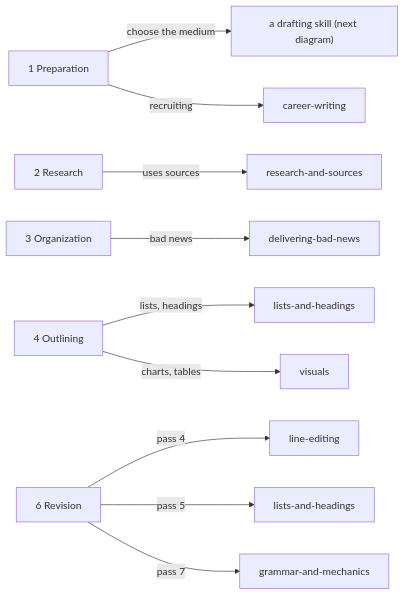
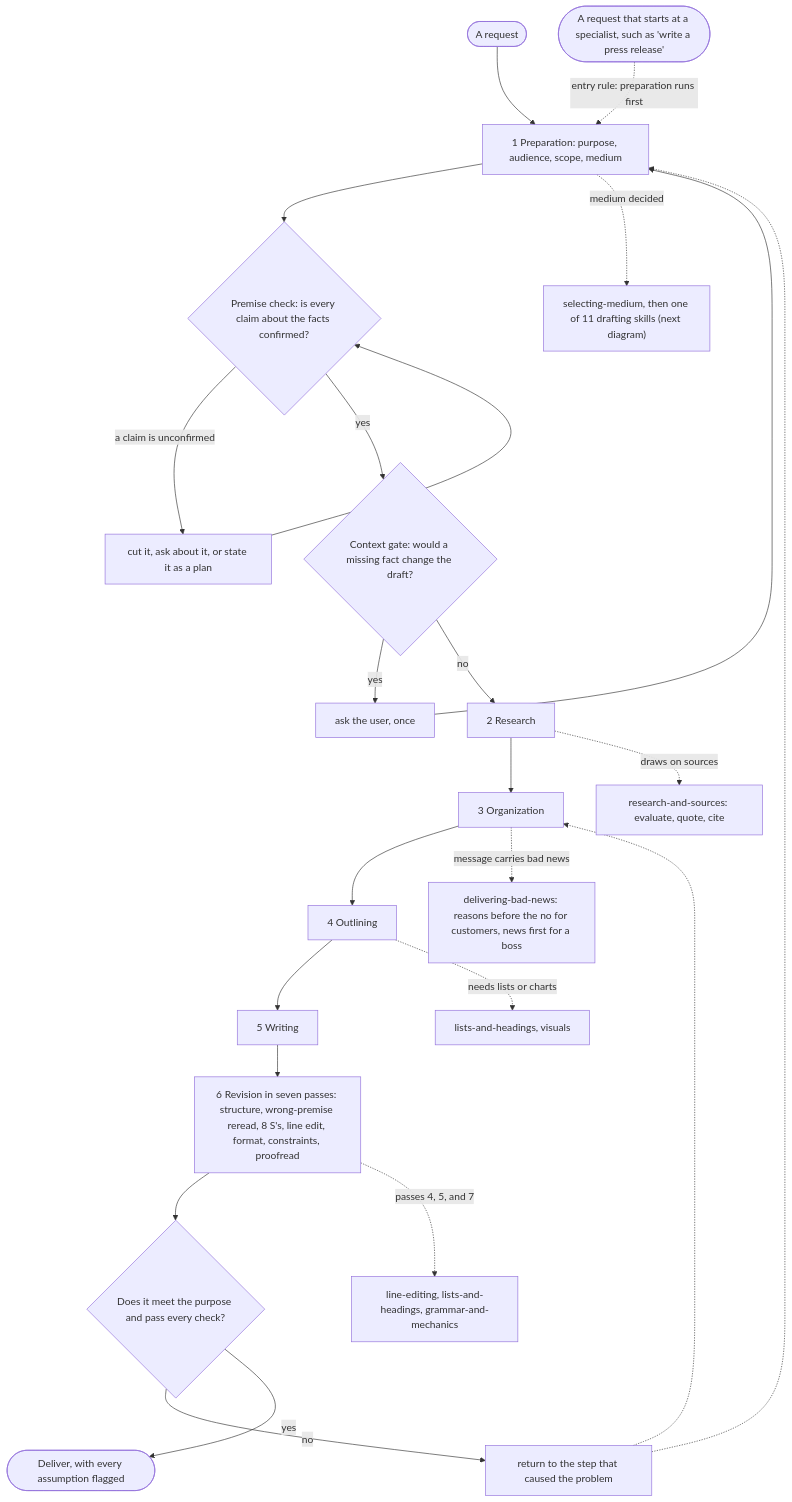
One commit to sapmb20/business-writing-skills changed the first of 2 diagrams in README.md. Above: the diagram before and after it, drawn with Mermaid. The commit also changed other lines of this file, not shown here.

Commit message:
README: process diagram with gates, loops, and labeled specialists

````diff
--- a/README.md
+++ b/README.md
@@ -40,12 +41,22 @@
 ```mermaid
-flowchart LR
-    S1["1 Preparation"] -- "choose the medium" --> MED["a drafting skill (next diagram)"]
-    S1 -- "recruiting" --> CW["career-writing"]
-    S2["2 Research"] -- "uses sources" --> RS["research-and-sources"]
-    S3["3 Organization"] -- "bad news" --> DB["delivering-bad-news"]
-    S4["4 Outlining"] -- "lists, headings" --> LH["lists-and-headings"]
-    S4 -- "charts, tables" --> VIS["visuals"]
-    S6["6 Revision"] -- "pass 4" --> LE["line-editing"]
-    S6 -- "pass 5" --> LH2["lists-and-headings"]
-    S6 -- "pass 7" --> GM["grammar-and-mechanics"]
+flowchart TD
+    REQ(["A request"]) --> P1
+    ALT(["A request that starts at a specialist, such as 'write a press release'"]) -. "entry rule: preparation runs first" .-> P1
+    P1["1 Preparation: purpose, audience, scope, medium"] --> PC{"Premise check: is every claim about the facts confirmed?"}
+    PC -- "a claim is unconfirmed" --> FIX["cut it, ask about it, or state it as a plan"] --> PC
+    PC -- "yes" --> CG{"Context gate: would a missing fact change the draft?"}
+    CG -- "yes" --> ASK["ask the user, once"] --> P1
+    CG -- "no" --> R2["2 Research"] --> O3["3 Organization"] --> O4["4 Outlining"] --> W5["5 Writing"]
+    W5 --> REV["6 Revision in seven passes: structure, wrong-premise reread, 8 S's, line edit, format, constraints, proofread"]
+    REV --> OK{"Does it meet the purpose and pass every check?"}
+    OK -- "no" --> BACK["return to the step that caused the problem"]
+    BACK -.-> P1
+    BACK -.-> O3
+    OK -- "yes" --> DEL(["Deliver, with every assumption flagged"])
+
+    P1 -. "medium decided" .-> SP1["selecting-medium, then one of 11 drafting skills (next diagram)"]
+    R2 -. "draws on sources" .-> SP2["research-and-sources: evaluate, quote, cite"]
+    O3 -. "message carries bad news" .-> SP3["delivering-bad-news: reasons before the no for customers, news first for a boss"]
+    O4 -. "needs lists or charts" .-> SP4["lists-and-headings, visuals"]
+    REV -. "passes 4, 5, and 7" .-> SP5["line-editing, lists-and-headings, grammar-and-mechanics"]
 ```
````
